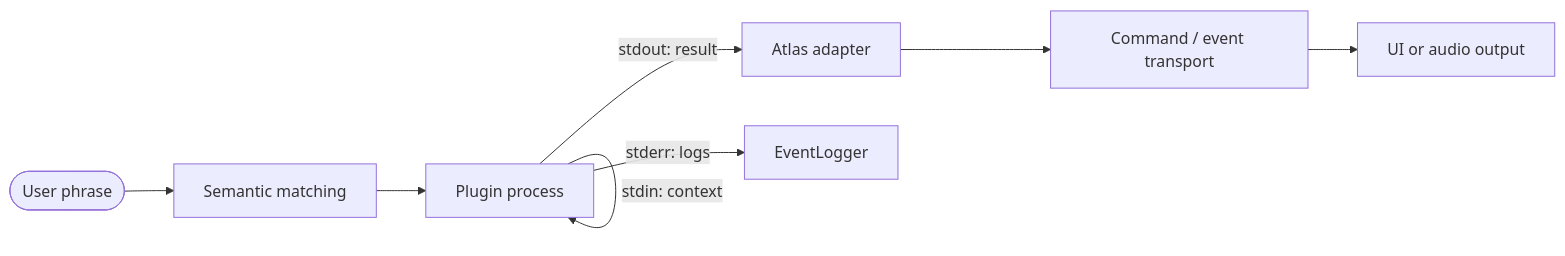
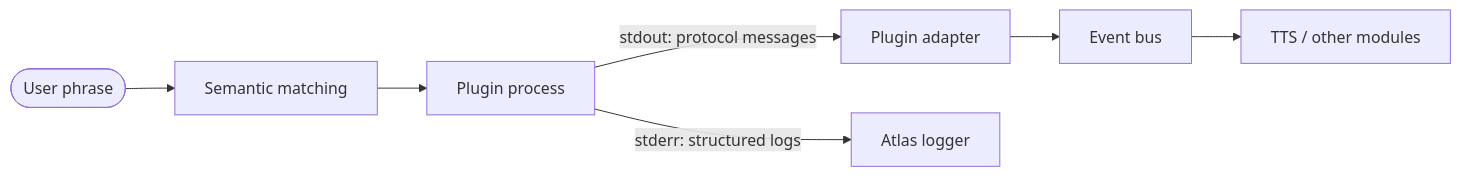
The diagram in docs/plugins.md (Minkx1/Atlas), drawn with Mermaid before and after one commit. The commit also changed other lines of this file and 11 other files, not shown here.

Commit message:
docs: updated documentation for v0.6 core architectyre remake

````diff
--- a/docs/plugins.md
+++ b/docs/plugins.md
@@ -7,10 +7,9 @@
 ```mermaid
 flowchart LR
     U([User phrase]) --> M[Semantic matching]
     M --> P[Plugin process]
-    P -->|stdin: context| P
-    P -->|stdout: result| A[Atlas adapter]
-    P -->|stderr: logs| L[EventLogger]
-    A --> C[Command / event transport]
-    C --> O[UI or audio output]
+    P -->|stdout: protocol messages| A[Plugin adapter]
+    P -->|stderr: structured logs| L[Atlas logger]
+    A --> C[Event bus]
+    C --> O[TTS / other modules]
 ```
````
